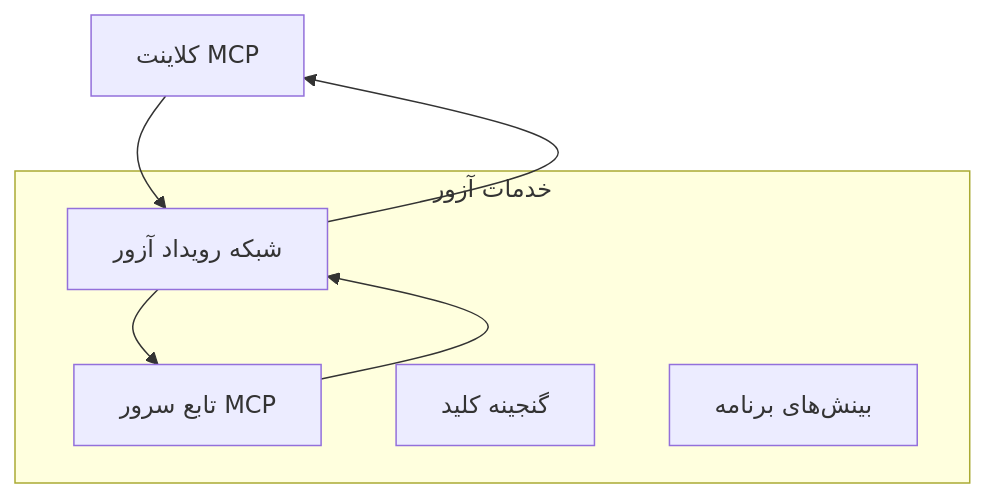
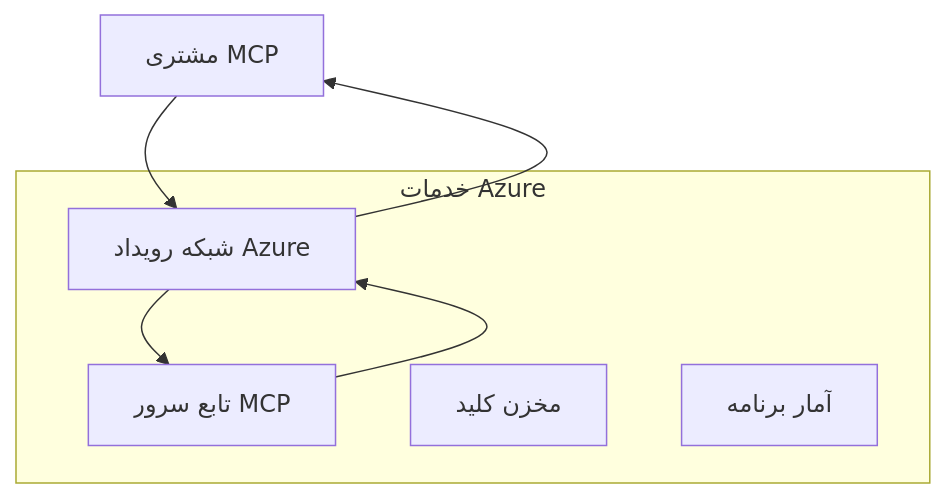
The first of 2 diagrams in mcp_ecosystem__model_context_protocol/mcp_learning_resources/mcp-for-beginners/translations/fa/05-AdvancedTopics/mcp-transport/README.md (HIDORAKAI002/ai-workspace-archive), drawn with Mermaid before and after one commit. The commit also changed other lines of this file and 1539 other files, not shown here.

````diff
--- a/mcp_ecosystem__model_context_protocol/mcp_learning_resources/mcp-for-beginners/translations/fa/05-AdvancedTopics/mcp-transport/README.md
+++ b/mcp_ecosystem__model_context_protocol/mcp_learning_resources/mcp-for-beginners/translations/fa/05-AdvancedTopics/mcp-transport/README.md
@@ -58,14 +58,14 @@
 ```mermaid
 graph TB
-    Client[کلاینت MCP] --> EG[شبکه رویداد آزور]
+    Client[مشتری MCP] --> EG[شبکه رویداد Azure]
     EG --> Server[تابع سرور MCP]
     Server --> EG
     EG --> Client
     
-    subgraph "خدمات آزور"
+    subgraph "خدمات Azure"
         EG
         Server
-        KV[گنجینه کلید]
-        Monitor[بینش‌های برنامه]
+        KV[مخزن کلید]
+        Monitor[آمار برنامه]
     end
 ```
````
